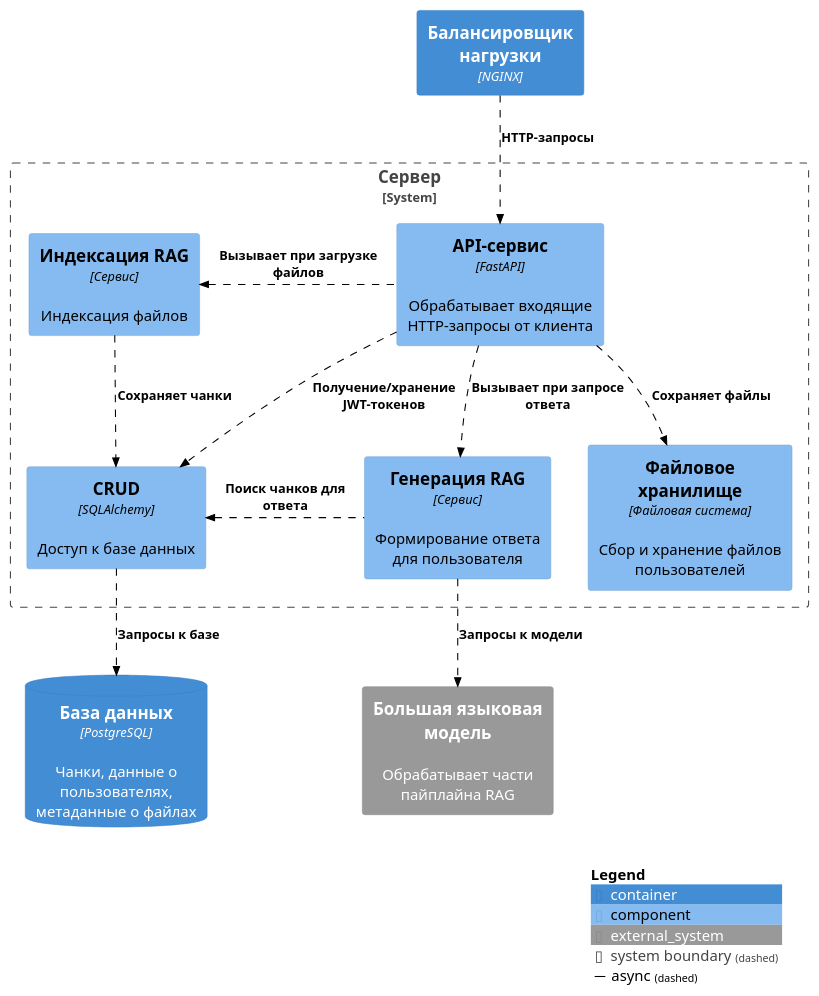
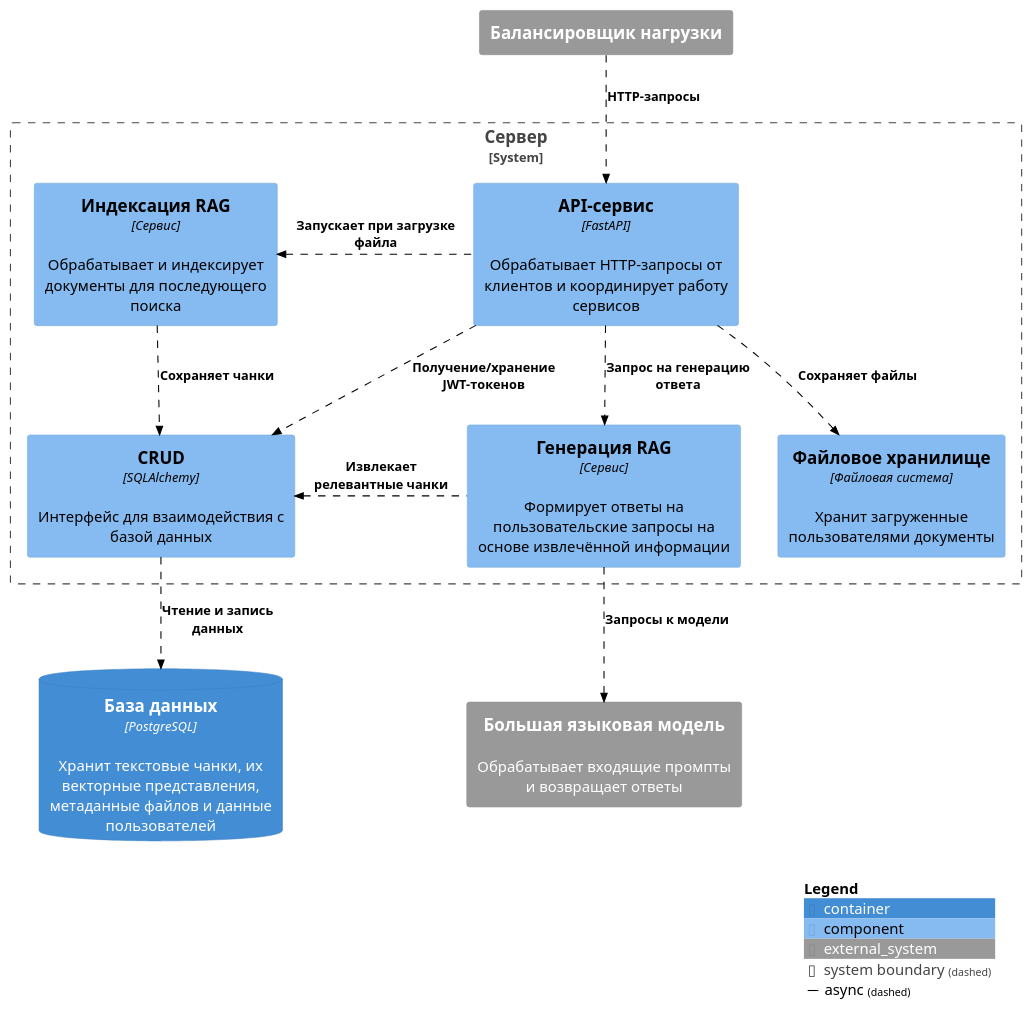
One commit to Syrenny/educ changed the diagram in diagrams/c3_server.puml. Above: the diagram before and after it, drawn with PlantUML. The commit also changed 3 other files, not shown here.

Commit message:
Update c4-diagrams

```diff
--- a/diagrams/c3_server.puml
+++ b/diagrams/c3_server.puml
@@ -1,36 +1,36 @@
 @startuml
 !includeurl https://raw.githubusercontent.com/plantuml-stdlib/C4-PlantUML/master/C4_Component.puml
 
 AddElementTag("async", $fontColor="black")
 AddRelTag("async", $textColor="black", $lineColor="black", $lineStyle = DashedLine())
 
-skinparam wrapWidth 180
+skinparam wrapWidth 250
 LAYOUT_WITH_LEGEND()
 LAYOUT_TOP_DOWN()
 
-Container(balancer, "Балансировщик нагрузки", "NGINX")
+System_Ext(balancer, "Балансировщик нагрузки")
 
 System_Boundary(server_sys, "Сервер") {
-    Component(api, "API-сервис", "FastAPI", "Обрабатывает входящие HTTP-запросы от клиента")
-    Component(indexation, "Индексация RAG", "Сервис", "Индексация файлов")
-    Component(generation, "Генерация RAG", "Сервис", "Формирование ответа для пользователя")
-    Component(file_storage, "Файловое хранилище", "Файловая система", "Сбор и хранение файлов пользователей")
-    Component(db_client, "CRUD", "SQLAlchemy", "Доступ к базе данных")
+    Component(api, "API-сервис", "FastAPI", "Обрабатывает HTTP-запросы от клиентов и координирует работу сервисов")
+    Component(indexation, "Индексация RAG", "Сервис", "Обрабатывает и индексирует документы для последующего поиска")
+    Component(generation, "Генерация RAG", "Сервис", "Формирует ответы на пользовательские запросы на основе извлечённой информации")
+    Component(file_storage, "Файловое хранилище", "Файловая система", "Хранит загруженные пользователями документы")
+    Component(db_client, "CRUD", "SQLAlchemy", "Интерфейс для взаимодействия с базой данных")
 }
 
-System_Ext(llm_api, "Большая языковая модель", "Обрабатывает части пайплайна RAG")
+System_Ext(llm_api, "Большая языковая модель", "Обрабатывает входящие промпты и возвращает ответы")
 
-ContainerDb(db, "База данных", "PostgreSQL", "Чанки, данные о пользователях, метаданные о файлах")
+ContainerDb(db, "База данных", "PostgreSQL", "Хранит текстовые чанки, их векторные представления, метаданные файлов и данные пользователей")
 
 Rel_Down(balancer, api, "HTTP-запросы", $tags="async")
-Rel_Left(api, indexation, "Вызывает при загрузке файлов", $tags="async")
+Rel_Left(api, indexation, "Запускает при загрузке файла", $tags="async")
 Rel(api, db_client, "Получение/хранение JWT-токенов", $tags="async")
-Rel_Down(api, generation, "Вызывает при запросе ответа", $tags="async")
+Rel_Down(api, generation, "Запрос на генерацию ответа", $tags="async")
 Rel_Down(api, file_storage, "Сохраняет файлы", $tags="async")
 Rel(indexation, db_client, "Сохраняет чанки", $tags="async")
-Rel_L(generation, db_client, "Поиск чанков для ответа", $tags="async")
+Rel_L(generation, db_client, "Извлекает релевантные чанки", $tags="async")
 Rel_Down(generation, llm_api, "Запросы к модели", $tags="async")
-Rel(db_client, db, "Запросы к базе", $tags="async")
+Rel(db_client, db, "Чтение и запись данных", $tags="async")
 
 SHOW_LEGEND()
 @enduml
```
